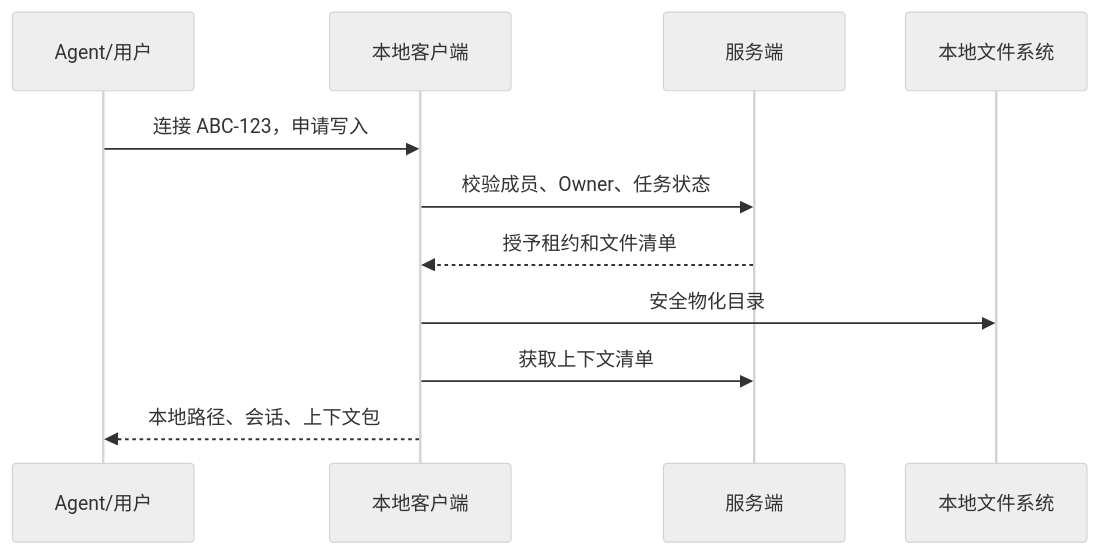
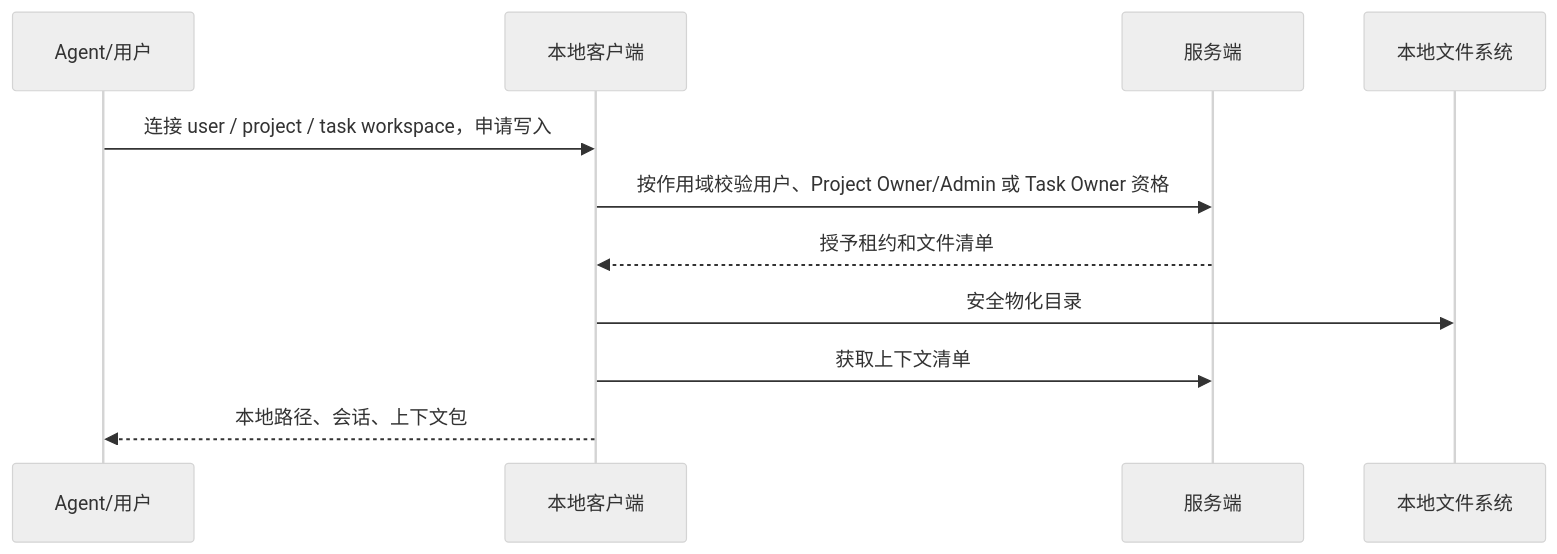
Before and after one commit to V-sion-V/NGAPD: the third of 4 diagrams in docs/04-system-architecture.md, drawn with Mermaid (neutral theme). The commit also changed other lines of this file and 9 other files, not shown here.

````diff
--- a/docs/04-system-architecture.md
+++ b/docs/04-system-architecture.md
@@ -226,14 +239,14 @@
 ```mermaid
 sequenceDiagram
     participant A as Agent/用户
     participant C as 本地客户端
     participant S as 服务端
     participant F as 本地文件系统
 
-    A->>C: 连接 ABC-123，申请写入
-    C->>S: 校验成员、Owner、任务状态
+    A->>C: 连接 user / project / task workspace，申请写入
+    C->>S: 按作用域校验用户、Project Owner/Admin 或 Task Owner 资格
     S-->>C: 授予租约和文件清单
     C->>F: 安全物化目录
     C->>S: 获取上下文清单
     C-->>A: 本地路径、会话、上下文包
 ```
````
